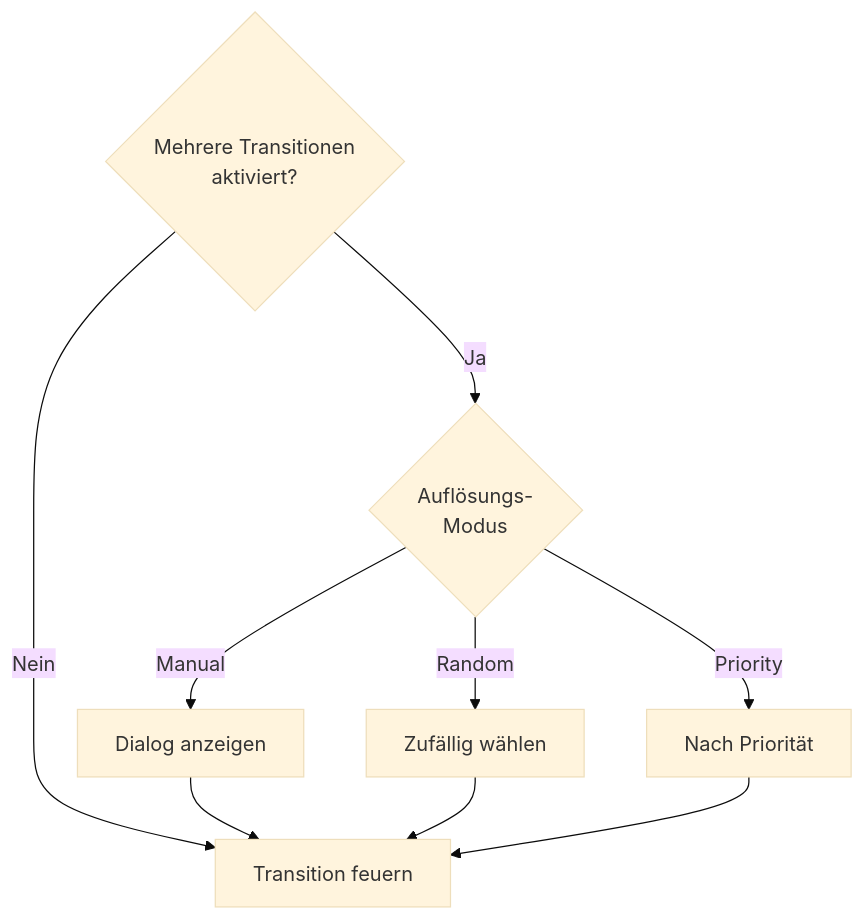
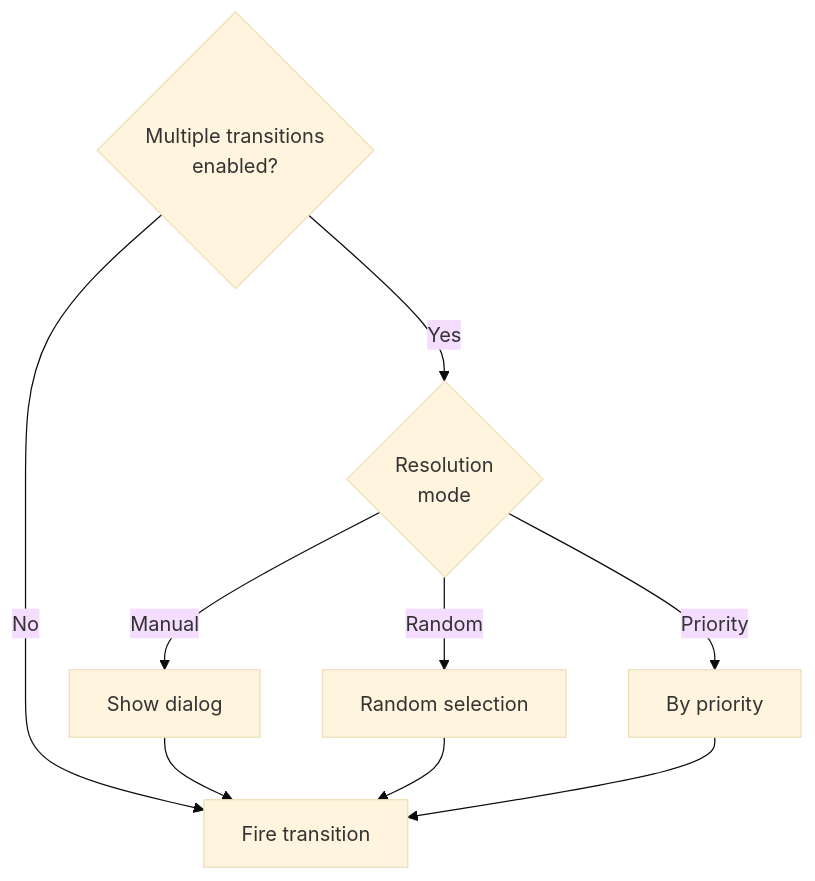
The fifth of 6 diagrams in docs/migration/04-token-game.md (woped/woped-next), drawn with Mermaid (base theme) before and after one commit. The commit also changed other lines of this file and 24 other files, not shown here.

````diff
--- a/docs/migration/04-token-game.md
+++ b/docs/migration/04-token-game.md
@@ -243,12 +243,12 @@
 ```mermaid
 flowchart TD
-    CHECK{Mehrere Transitionen<br/>aktiviert?}
-    CHECK -->|Nein| FIRE[Transition feuern]
-    CHECK -->|Ja| MODE{Auflösungs-<br/>Modus}
-    MODE -->|Manual| DIALOG[Dialog anzeigen]
-    MODE -->|Random| RANDOM[Zufällig wählen]
-    MODE -->|Priority| PRIO[Nach Priorität]
+    CHECK{Multiple transitions<br/>enabled?}
+    CHECK -->|No| FIRE[Fire transition]
+    CHECK -->|Yes| MODE{Resolution<br/>mode}
+    MODE -->|Manual| DIALOG[Show dialog]
+    MODE -->|Random| RANDOM[Random selection]
+    MODE -->|Priority| PRIO[By priority]
     DIALOG --> FIRE
     RANDOM --> FIRE
     PRIO --> FIRE
 ```
````
